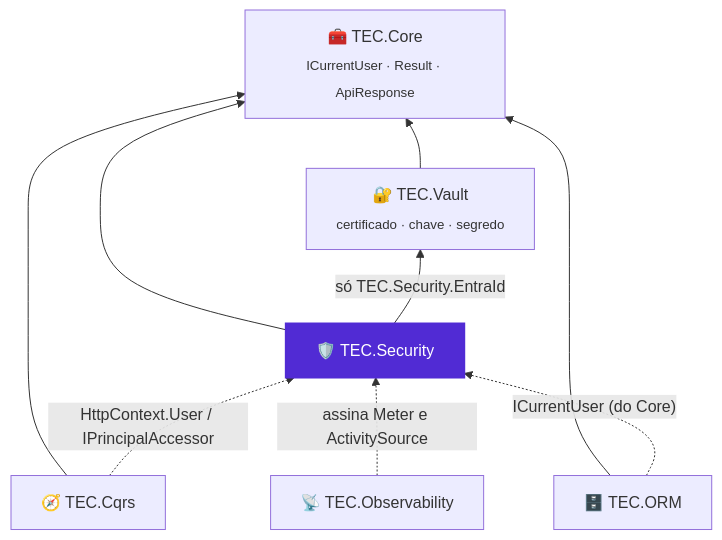
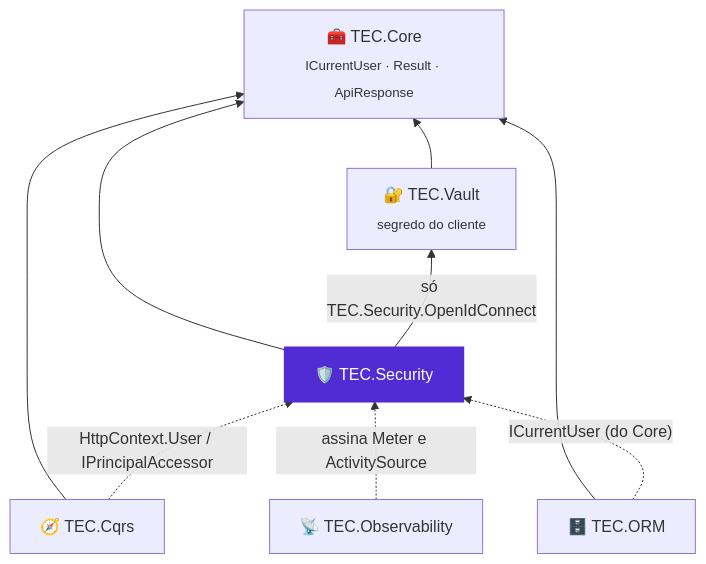
One commit to tudoemcodigo/lib-tec-security changed the diagram in docs/integracoes-tec.md. Above: the diagram before and after it, drawn with Mermaid. The commit also changed other lines of this file and 37 other files, not shown here.

````diff
--- a/docs/integracoes-tec.md
+++ b/docs/integracoes-tec.md
@@ -26,19 +26,19 @@
 ```mermaid
 flowchart BT
     Core["🧰 TEC.Core<br/><sub>ICurrentUser · Result · ApiResponse</sub>"]
-    Vault["🔐 TEC.Vault<br/><sub>certificado · chave · segredo</sub>"]
+    Vault["🔐 TEC.Vault<br/><sub>segredo do cliente</sub>"]
     Sec["🛡️ TEC.Security"]
     Cqrs["🧭 TEC.Cqrs"]
     Orm["🗄️ TEC.ORM"]
     Obs["📡 TEC.Observability"]
     Vault --> Core
     Sec --> Core
-    Sec -->|"só TEC.Security.EntraId"| Vault
+    Sec -->|"só TEC.Security.OpenIdConnect"| Vault
     Cqrs --> Core
     Orm --> Core
     Cqrs -.->|"HttpContext.User / IPrincipalAccessor"| Sec
     Orm -.->|"ICurrentUser (do Core)"| Sec
     Obs -.->|"assina Meter e ActivitySource"| Sec
     classDef atual fill:#512BD4,color:#fff,stroke:#512BD4,stroke-width:2px
     class Sec atual
 ```
````
